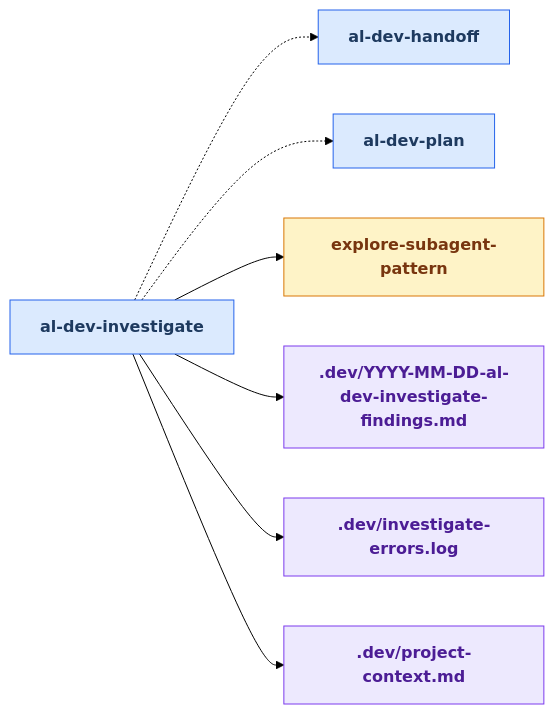
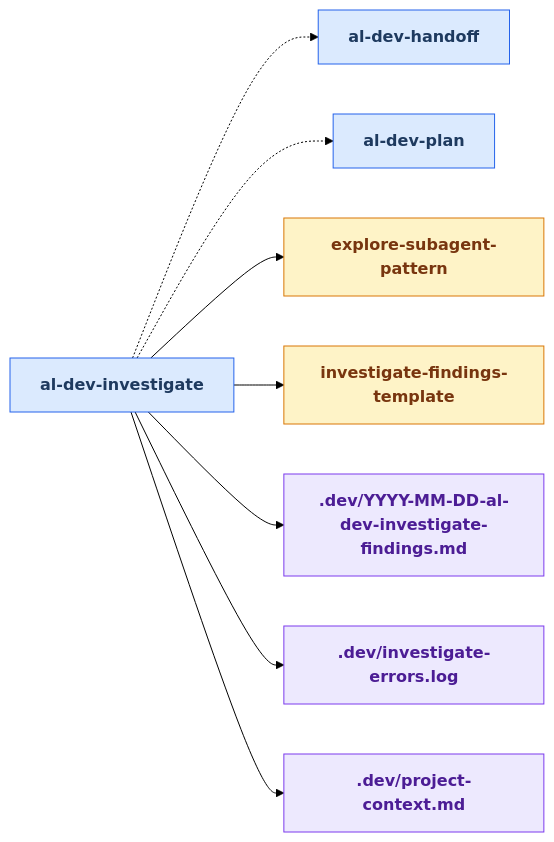
Before and after one commit to russell-laing/al-dev-shared: the fourth of 24 diagrams in docs/al-dev-skills-map.md, drawn with Mermaid (forest theme). The commit also changed other lines of this file and 6 other files, not shown here.

````diff
--- a/docs/al-dev-skills-map.md
+++ b/docs/al-dev-skills-map.md
@@ -200,31 +205,34 @@
 ```mermaid
 flowchart LR
     classDef skillNode fill:#dbeafe,stroke:#2563eb,color:#1e3a5f,font-weight:bold
     classDef agentNode fill:#d1fae5,stroke:#059669,color:#064e3b,font-weight:bold
     classDef knowledgeNode fill:#fef3c7,stroke:#d97706,color:#78350f,font-weight:bold
     classDef artifactNode fill:#ede9fe,stroke:#7c3aed,color:#4c1d95,font-weight:bold
     classDef phaseNode fill:#e0e7ff,stroke:#6366f1,color:#312e81,font-weight:bold
 
     skill_al_dev_investigate[al-dev-investigate]
     skill_al_dev_handoff[al-dev-handoff]
     skill_al_dev_plan[al-dev-plan]
     knowledge_explore_subagent_pattern_md[explore-subagent-pattern]
+    knowledge_investigate_findings_template_md[investigate-findings-template]
     artifact_YYYY_MM_DD_al_dev_investigate_findings_md[.dev/YYYY-MM-DD-al-dev-investigate-findings.md]
     artifact_investigate_errors_log[.dev/investigate-errors.log]
     artifact_project_context_md[.dev/project-context.md]
 
     skill_al_dev_investigate -.-> skill_al_dev_handoff
     skill_al_dev_investigate -.-> skill_al_dev_plan
     skill_al_dev_investigate --> knowledge_explore_subagent_pattern_md
+    skill_al_dev_investigate --> knowledge_investigate_findings_template_md
     skill_al_dev_investigate --> artifact_YYYY_MM_DD_al_dev_investigate_findings_md
     skill_al_dev_investigate --> artifact_investigate_errors_log
     skill_al_dev_investigate --> artifact_project_context_md
 
     class skill_al_dev_investigate skillNode
     class skill_al_dev_handoff skillNode
     class skill_al_dev_plan skillNode
     class knowledge_explore_subagent_pattern_md knowledgeNode
+    class knowledge_investigate_findings_template_md knowledgeNode
     class artifact_YYYY_MM_DD_al_dev_investigate_findings_md artifactNode
     class artifact_investigate_errors_log artifactNode
     class artifact_project_context_md artifactNode
 ```
````
